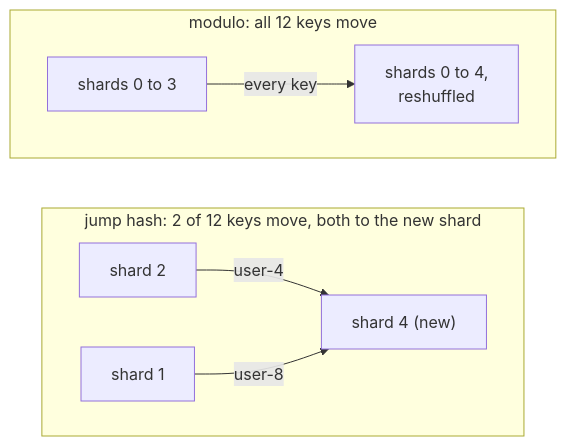
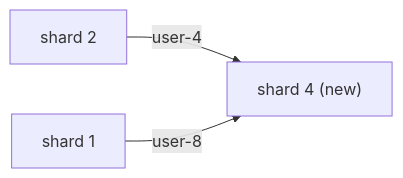
One commit to GetFelix/felix changed the third of 6 diagrams in docs-site/src/content/docs/features/sharding.md. Above: the diagram before and after it, drawn with Mermaid. The commit also changed other lines of this file, not shown here.

First line of the commit message:
docs(sharding): plain-text evidence line, larger diagrams

````diff
--- a/docs-site/src/content/docs/features/sharding.md
+++ b/docs-site/src/content/docs/features/sharding.md
@@ -200,12 +200,5 @@
 ```mermaid
 flowchart LR
-    subgraph J["jump hash: 2 of 12 keys move, both to the new shard"]
-        direction LR
-        J2["shard 2"] -- "user-4" --> J4["shard 4 (new)"]
-        J1["shard 1"] -- "user-8" --> J4
-    end
-    subgraph M["modulo: all 12 keys move"]
-        direction LR
-        Mold["shards 0 to 3"] -- "every key" --> Mnew["shards 0 to 4,<br/>reshuffled"]
-    end
+    J2["shard 2"] -- "user-4" --> J4["shard 4 (new)"]
+    J1["shard 1"] -- "user-8" --> J4
 ```
````
